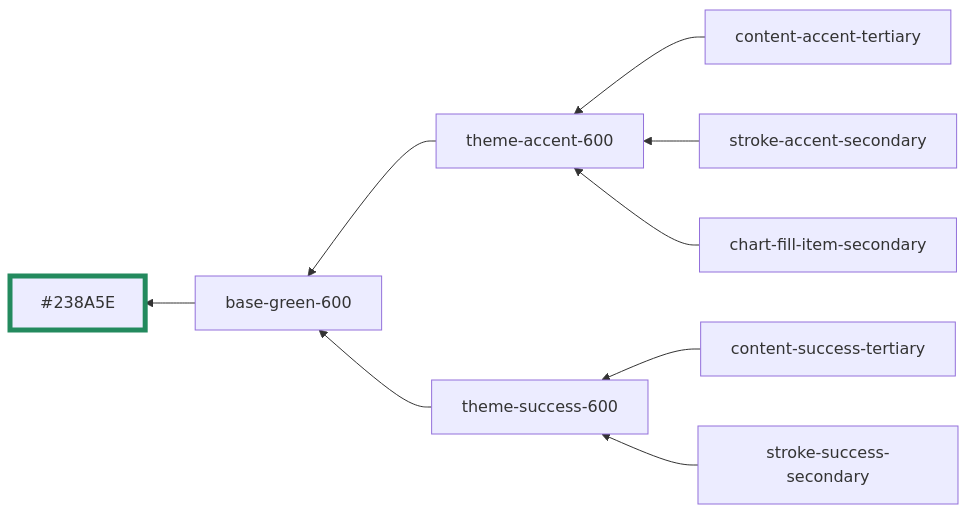
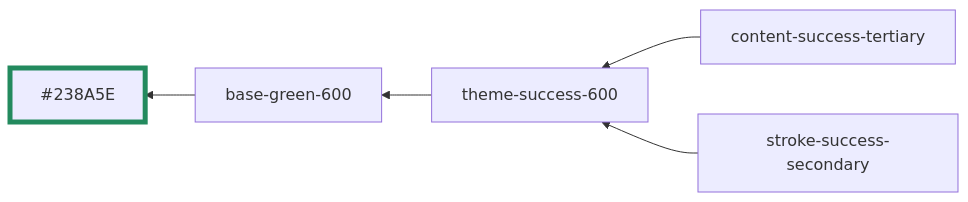
The sixth of 51 diagrams in styles/dist/red.md (oxidecomputer/design-system), drawn with Mermaid before and after one commit. The commit also changed other lines of this file and 2 other files, not shown here.

Commit message:
Fix red theme

````diff
--- a/styles/dist/red.md
+++ b/styles/dist/red.md
@@ -73,13 +61,9 @@
 ```mermaid
 graph RL
   base-green-600 --> #238A5E:::base-green-600
-  content-accent-tertiary --> theme-accent-600
   content-success-tertiary --> theme-success-600
-  stroke-accent-secondary --> theme-accent-600
   stroke-success-secondary --> theme-success-600
-  chart-fill-item-secondary --> theme-accent-600
-  theme-accent-600 --> base-green-600
   theme-success-600 --> base-green-600
 
 	classDef base-green-600 stroke-width:5,stroke:#238A5E
 ```
````
